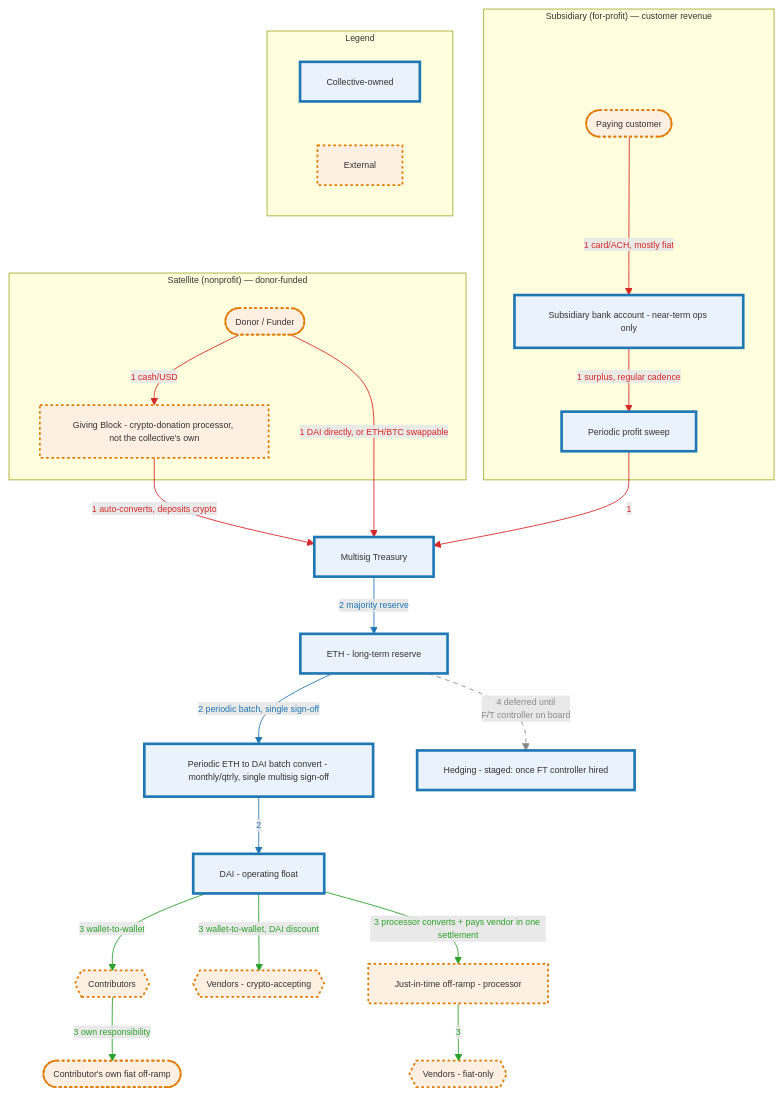
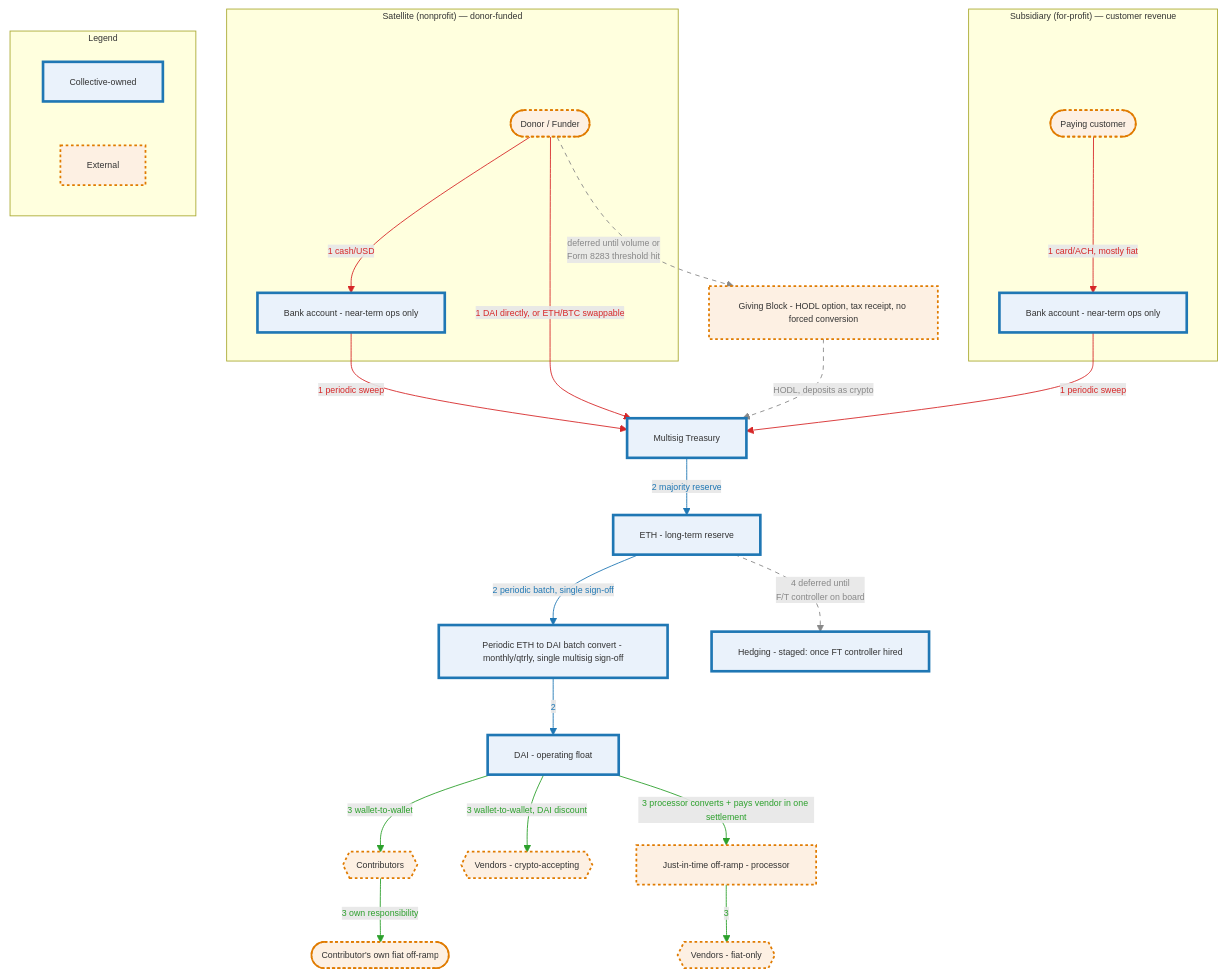
The third of 4 diagrams in governance/commons-hub-pattern.md (doikayt/admin), drawn with Mermaid before and after one commit. The commit also changed other lines of this file, not shown here.

Commit message:
docs: add symmetric Satellite bank account, fix Giving Block direction, defer it
- Adds SatBank, mirroring SubBank's pattern (near-term ops only,
  periodic sweep into Treasury) - the nonprofit needs its own real
  bank account too, same as the subsidiary, kept legally separate
  (not merged into one account - commingling nonprofit/for-profit
  funds is a private-benefit/corporate-veil problem).
- Both bank nodes now share the same generic label so the subgraph
  grouping (not redundant node text) carries the entity distinction.
- Giving Block moves to the crypto donor path (HODL option, deposits
  as crypto) instead of the cash path - it doesn't convert cash to
  crypto, it lets a crypto-giving donor's gift be held as crypto
  rather than force-converted to fiat.
- Giving Block marked deferred/dashed like Hedge, but with its own
  distinct trigger (donation volume or first Form 8283 threshold),
  not tied to the same full-time-controller hire that gates Hedging -
  these are two different capacity questions.

````diff
--- a/governance/commons-hub-pattern.md
+++ b/governance/commons-hub-pattern.md
@@ -880,62 +880,64 @@
 ```mermaid
 %%{init: {"themeVariables": {"fontSize": "10px"}}}%%
 flowchart TD
     subgraph SAT["Satellite (nonprofit) — donor-funded"]
         Donor([Donor / Funder])
-        DonationProcessor[Giving Block - crypto-donation processor, not the collective's own]
+        SatBank[Bank account - near-term ops only]
     end
 
     subgraph SUB["Subsidiary (for-profit) — customer revenue"]
         Customer([Paying customer])
-        SubBank[Subsidiary bank account - near-term ops only]
-        Sweep[Periodic profit sweep]
+        SubBank[Bank account - near-term ops only]
     end
 
     Treasury[Multisig Treasury]
+    DonationProcessor[Giving Block - HODL option, tax receipt, no forced conversion]
     BatchConvert[Periodic ETH to DAI batch convert - monthly/qtrly, single multisig sign-off]
     DAIFloat[DAI - operating float]
     ETHReserve[ETH - long-term reserve]
     Contributors{{Contributors}}
     ContribOfframp([Contributor's own fiat off-ramp])
     VendorsCrypto{{Vendors - crypto-accepting}}
     OffRampJIT[Just-in-time off-ramp - processor]
     VendorsFiat{{Vendors - fiat-only}}
     Hedge[Hedging - staged: once FT controller hired]
 
     subgraph LEGEND["Legend"]
         L1[Collective-owned]
         L2[External]
     end
 
-    Donor -- "1 cash/USD" --> DonationProcessor
-    DonationProcessor -- "1 auto-converts, deposits crypto" --> Treasury
+    Donor -- "1 cash/USD" --> SatBank
+    SatBank -- "1 periodic sweep" --> Treasury
     Donor -- "1 DAI directly, or ETH/BTC swappable" --> Treasury
     Customer -- "1 card/ACH, mostly fiat" --> SubBank
-    SubBank -- "1 surplus, regular cadence" --> Sweep
-    Sweep -- "1" --> Treasury
+    SubBank -- "1 periodic sweep" --> Treasury
+
+    Donor -.->|"deferred until volume or<br/>Form 8283 threshold hit"| DonationProcessor
+    DonationProcessor -.->|"HODL, deposits as crypto"| Treasury
 
     Treasury -- "2 majority reserve" --> ETHReserve
     ETHReserve -- "2 periodic batch, single sign-off" --> BatchConvert
     BatchConvert -- "2" --> DAIFloat
 
     DAIFloat -- "3 wallet-to-wallet" --> Contributors
     Contributors -- "3 own responsibility" --> ContribOfframp
     DAIFloat -- "3 wallet-to-wallet, DAI discount" --> VendorsCrypto
     DAIFloat -- "3 processor converts + pays vendor in one settlement" --> OffRampJIT
     OffRampJIT -- "3" --> VendorsFiat
 
     ETHReserve -.->|"4 deferred until<br/>F/T controller on board"| Hedge
 
-    linkStyle 0,1,2,3,4,5 stroke:#d62728,color:#d62728
-    linkStyle 6,7,8 stroke:#1f77b4,color:#1f77b4
-    linkStyle 9,10,11,12,13 stroke:#2ca02c,color:#2ca02c
-    linkStyle 14 stroke:#888888,color:#888888,stroke-dasharray: 5 5
+    linkStyle 0,1,2,3,4 stroke:#d62728,color:#d62728
+    linkStyle 7,8,9 stroke:#1f77b4,color:#1f77b4
+    linkStyle 10,11,12,13,14 stroke:#2ca02c,color:#2ca02c
+    linkStyle 5,6,15 stroke:#888888,color:#888888,stroke-dasharray: 5 5
 
     classDef owned fill:#eaf2fb,stroke:#1f77b4,stroke-width:3px
     classDef external fill:#fdf0e3,stroke:#e07b00,stroke-width:2px,stroke-dasharray:3 3
     class L1 owned
     class L2 external
-    class Treasury,SubBank,Sweep,BatchConvert,DAIFloat,ETHReserve,Hedge owned
+    class Treasury,SatBank,SubBank,BatchConvert,DAIFloat,ETHReserve,Hedge owned
     class Donor,DonationProcessor,Customer,Contributors,ContribOfframp external
     class VendorsCrypto,OffRampJIT,VendorsFiat external
 ```
````
